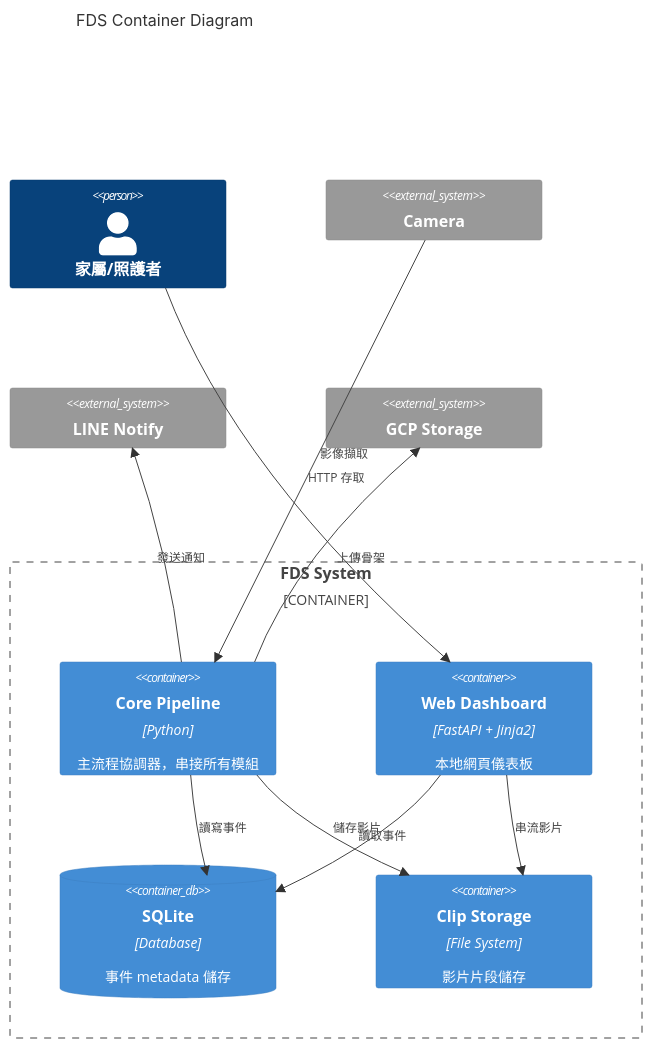
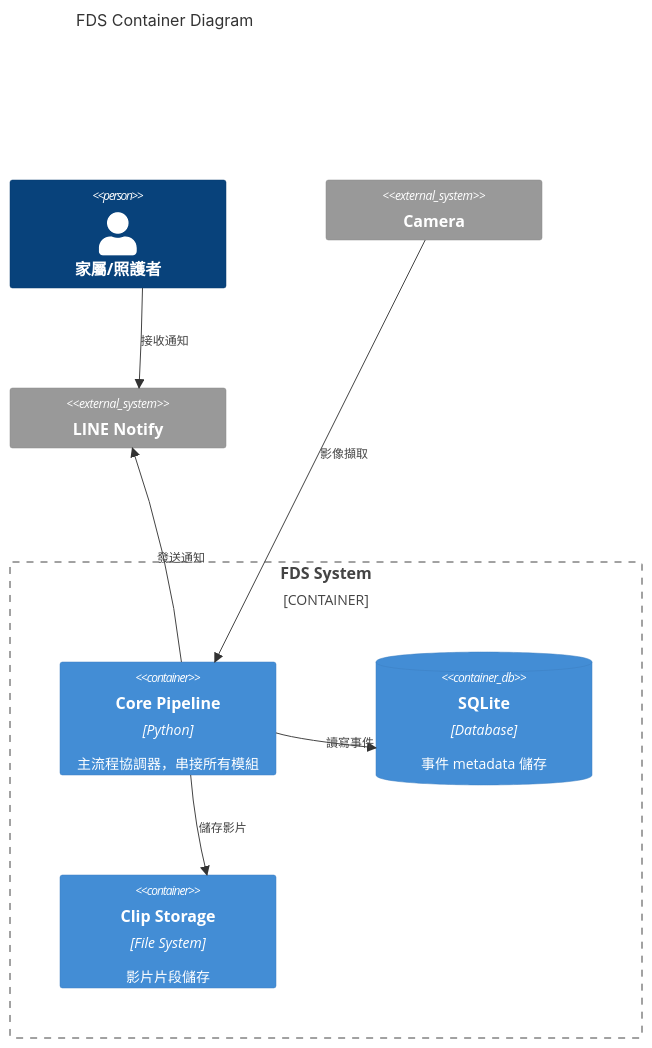
Before and after one commit to kionce57/FDS: the second of 8 diagrams in docs/ARCHITECTURE.md, drawn with Mermaid. The commit also changed other lines of this file, not shown here.

First line of the commit message:
docs: update ARCHITECTURE.md after cloud sync removal

````diff
--- a/docs/ARCHITECTURE.md
+++ b/docs/ARCHITECTURE.md
@@ -64,26 +62,21 @@
 ```mermaid
 C4Container
     title FDS Container Diagram
 
     Person(user, "家屬/照護者")
 
     Container_Boundary(fds, "FDS System") {
         Container(core, "Core Pipeline", "Python", "主流程協調器，串接所有模組")
-        Container(web, "Web Dashboard", "FastAPI + Jinja2", "本地網頁儀表板")
         ContainerDb(sqlite, "SQLite", "Database", "事件 metadata 儲存")
         Container(clips, "Clip Storage", "File System", "影片片段儲存")
     }
 
     System_Ext(camera, "Camera")
     System_Ext(line, "LINE Notify")
-    System_Ext(gcp, "GCP Storage")
 
     Rel(camera, core, "影像擷取")
     Rel(core, sqlite, "讀寫事件")
     Rel(core, clips, "儲存影片")
     Rel(core, line, "發送通知")
-    Rel(core, gcp, "上傳骨架")
-    Rel(web, sqlite, "讀取事件")
-    Rel(web, clips, "串流影片")
-    Rel(user, web, "HTTP 存取")
+    Rel(user, line, "接收通知")
 ```
````
